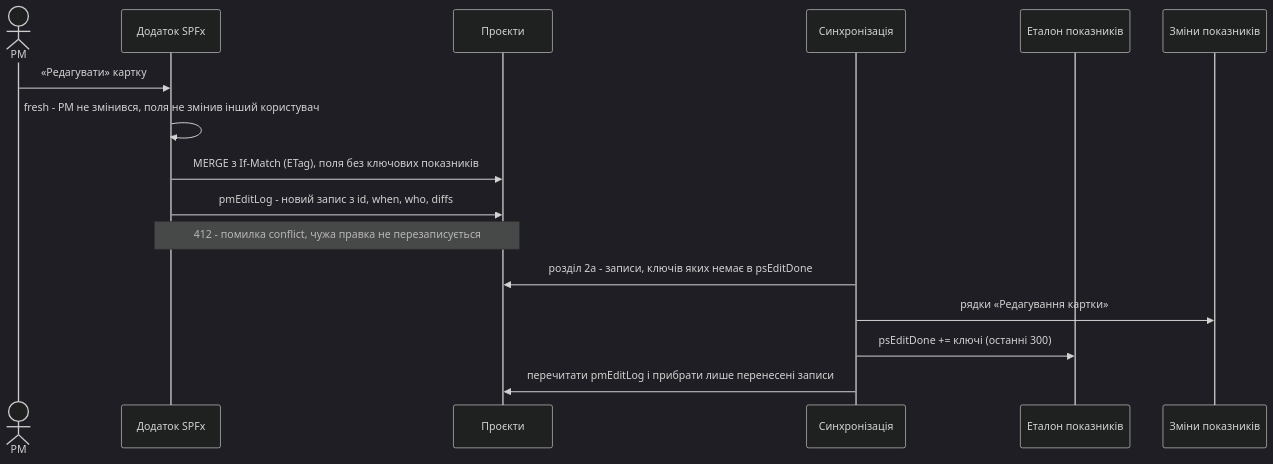
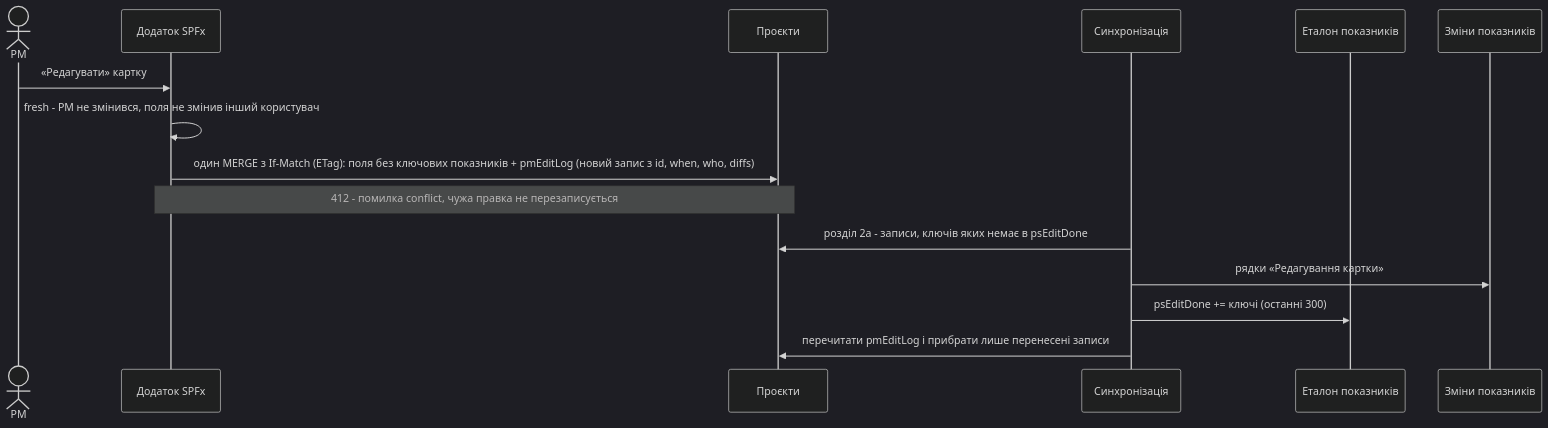
Before and after one commit to Acidsly/pmo-portal: the fifth of 15 diagrams in docs/ARCHITECTURE.md, drawn with Mermaid (dark theme). The commit also changed other lines of this file and 15 other files, not shown here.

Commit message:
Документация сверена с кодом: README, ARCHITECTURE (схемы), DATA-MODEL, SPEC, PROTOTYPE, DEPLOYMENT, команды, CLAUDE.md, spfx/README; «Усі призначення» по всем папкам; подсказка свежести 9–14

````diff
--- a/docs/ARCHITECTURE.md
+++ b/docs/ARCHITECTURE.md
@@ -169,18 +169,17 @@
 ```mermaid
 sequenceDiagram
     actor PM
     participant App as Додаток SPFx
     participant P as Проєкти
     participant S as Синхронізація
     participant E as Еталон показників
     participant J as Зміни показників
     PM->>App: «Редагувати» картку
     App->>App: fresh - PM не змінився, поля не змінив інший користувач
-    App->>P: MERGE з If-Match (ETag), поля без ключових показників
-    App->>P: pmEditLog - новий запис з id, when, who, diffs
+    App->>P: один MERGE з If-Match (ETag): поля без ключових показників + pmEditLog (новий запис з id, when, who, diffs)
     Note over App,P: 412 - помилка conflict, чужа правка не перезаписується
     S->>P: розділ 2a - записи, ключів яких немає в psEditDone
     S->>J: рядки «Редагування картки»
     S->>E: psEditDone += ключі (останні 300)
     S->>P: перечитати pmEditLog і прибрати лише перенесені записи
 ```
````
